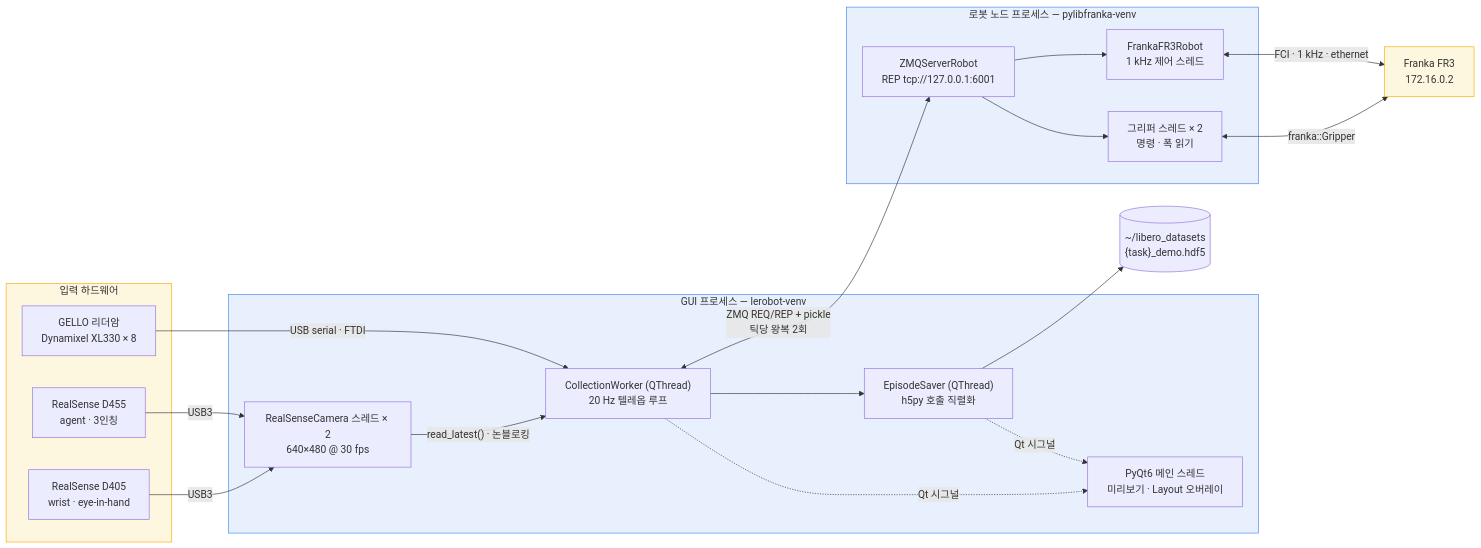
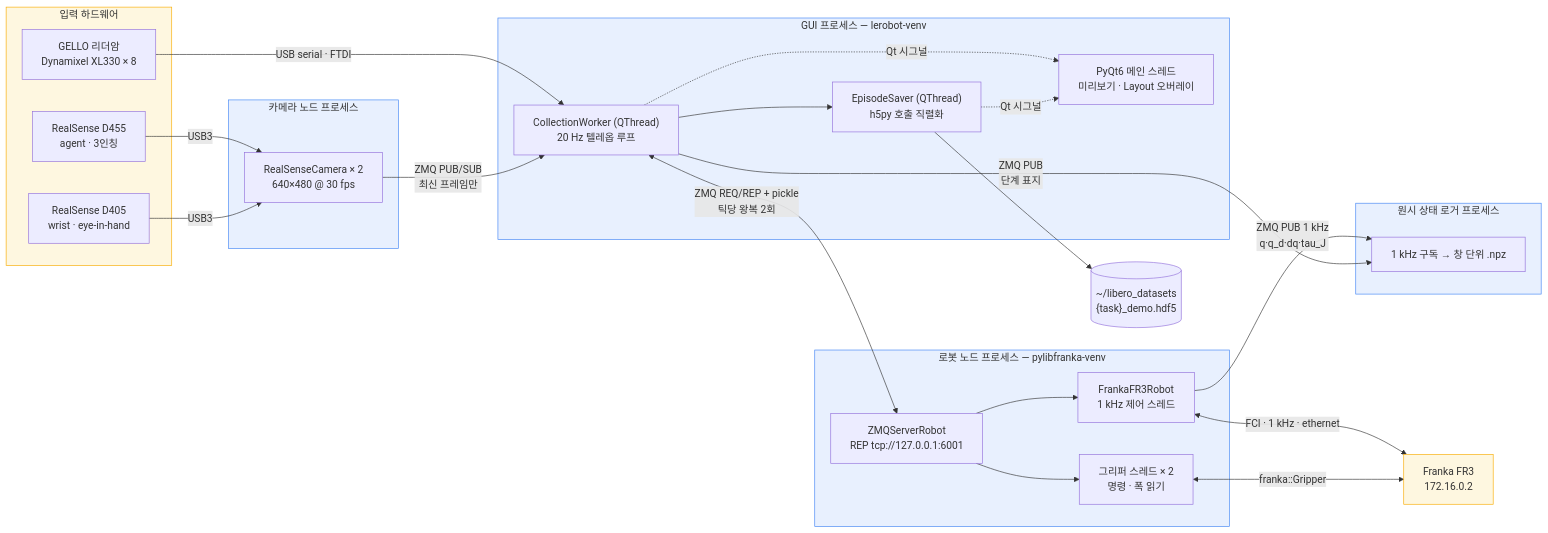
Before and after one commit to redEddie/manipulation-stack: the first of 4 diagrams in docs/architecture.md, drawn with Mermaid. The commit also changed other lines of this file and 7 other files, not shown here.

````diff
--- a/docs/architecture.md
+++ b/docs/architecture.md
@@ -21,43 +21,52 @@
 ```mermaid
 flowchart LR
   subgraph IN["입력 하드웨어"]
     GELLO["GELLO 리더암<br/>Dynamixel XL330 × 8"]
     CAM1["RealSense D455<br/>agent · 3인칭"]
     CAM2["RealSense D405<br/>wrist · eye-in-hand"]
   end
 
   subgraph GUIP["GUI 프로세스 — lerobot-venv"]
-    RS["RealSenseCamera 스레드 × 2<br/>640×480 @ 30 fps"]
     W["CollectionWorker (QThread)<br/>20 Hz 텔레옵 루프"]
     SV["EpisodeSaver (QThread)<br/>h5py 호출 직렬화"]
     UI["PyQt6 메인 스레드<br/>미리보기 · Layout 오버레이"]
+  end
+
+  subgraph CAMP["카메라 노드 프로세스"]
+    RS["RealSenseCamera × 2<br/>640×480 @ 30 fps"]
+  end
+
+  subgraph LOGP["원시 상태 로거 프로세스"]
+    RL["1 kHz 구독 → 창 단위 .npz"]
   end
 
   subgraph NODEP["로봇 노드 프로세스 — pylibfranka-venv"]
     REP["ZMQServerRobot<br/>REP tcp://127.0.0.1:6001"]
     CTRL["FrankaFR3Robot<br/>1 kHz 제어 스레드"]
     GRIP["그리퍼 스레드 × 2<br/>명령 · 폭 읽기"]
   end
 
   FR3["Franka FR3<br/>172.16.0.2"]
   H5[("~/libero_datasets<br/>{task}_demo.hdf5")]
 
   GELLO -->|"USB serial · FTDI"| W
   CAM1 -->|USB3| RS
   CAM2 -->|USB3| RS
-  RS -->|"read_latest() · 논블로킹"| W
+  RS -->|"ZMQ PUB/SUB<br/>최신 프레임만"| W
   W <-->|"ZMQ REQ/REP + pickle<br/>틱당 왕복 2회"| REP
+  CTRL -->|"ZMQ PUB 1 kHz<br/>q·q_d·dq·tau_J"| RL
+  W -->|"ZMQ PUB<br/>단계 표지"| RL
   REP --> CTRL
   REP --> GRIP
   CTRL <-->|"FCI · 1 kHz · ethernet"| FR3
   GRIP <-->|"franka::Gripper"| FR3
   W --> SV --> H5
   W -.Qt 시그널.-> UI
   SV -.Qt 시그널.-> UI
 
   classDef proc fill:#e8f0fe,stroke:#4285f4
   classDef hw fill:#fef7e0,stroke:#f9ab00
-  class GUIP,NODEP proc
+  class GUIP,NODEP,CAMP,LOGP proc
   class IN hw
   class FR3 hw
 ```
````
